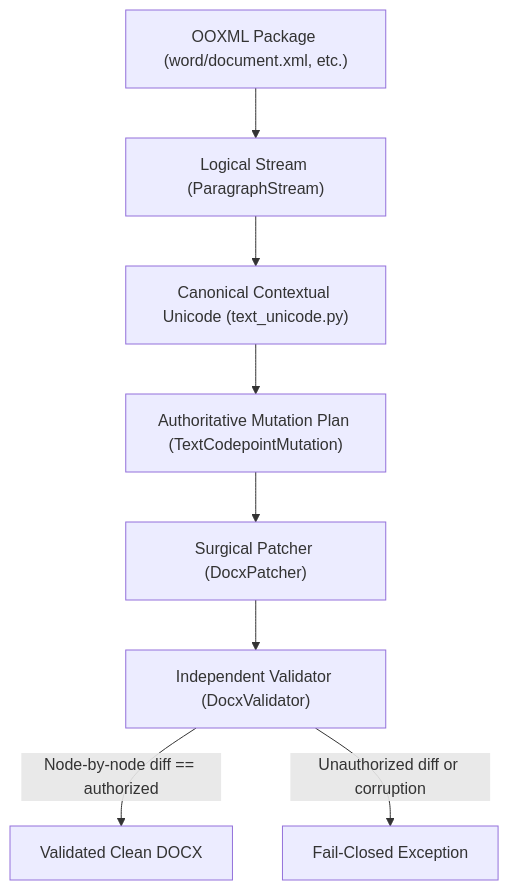
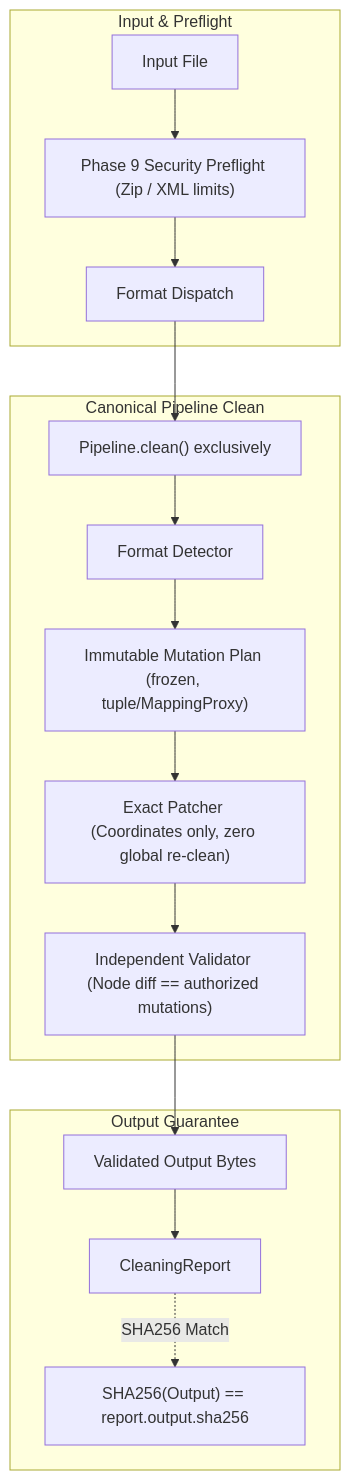
The diagram in docs/audits/V2_2_RC2_HARDENING_REPORT.md (wrust0608/clearmark), drawn with Mermaid before and after one commit. The commit also changed other lines of this file and 1 other file, not shown here.

Commit message:
docs(audit): correct p0 hardening evidence and review report

````diff
--- a/docs/audits/V2_2_RC2_HARDENING_REPORT.md
+++ b/docs/audits/V2_2_RC2_HARDENING_REPORT.md
@@ -199,10 +174,21 @@
 ```mermaid
 flowchart TD
-    XML["OOXML Package (word/document.xml, etc.)"] --> LS["Logical Stream (ParagraphStream)"]
-    LS --> CU["Canonical Contextual Unicode (text_unicode.py)"]
-    CU --> MP["Authoritative Mutation Plan (TextCodepointMutation)"]
-    MP --> PT["Surgical Patcher (DocxPatcher)"]
-    PT --> IV["Independent Validator (DocxValidator)"]
-    IV -->|Node-by-node diff == authorized| OUT["Validated Clean DOCX"]
-    IV -->|Unauthorized diff or corruption| FAIL["Fail-Closed Exception"]
+    subgraph Input & Preflight
+        IN["Input File"] --> SEC["Phase 9 Security Preflight (Zip / XML limits)"]
+        SEC --> DISP["Format Dispatch"]
+    end
+
+    subgraph Canonical Pipeline Clean
+        DISP --> PIPE["Pipeline.clean() exclusively"]
+        PIPE --> DET["Format Detector"]
+        DET --> PLAN["Immutable Mutation Plan (frozen, tuple/MappingProxy)"]
+        PLAN --> PATCH["Exact Patcher (Coordinates only, zero global re-clean)"]
+        PATCH --> VAL["Independent Validator (Node diff == authorized mutations)"]
+    end
+
+    subgraph Output Guarantee
+        VAL --> OUT["Validated Output Bytes"]
+        OUT --> REP["CleaningReport"]
+        REP -.->|SHA256 Match| HASH["SHA256(Output) == report.output.sha256"]
+    end
 ```
````
